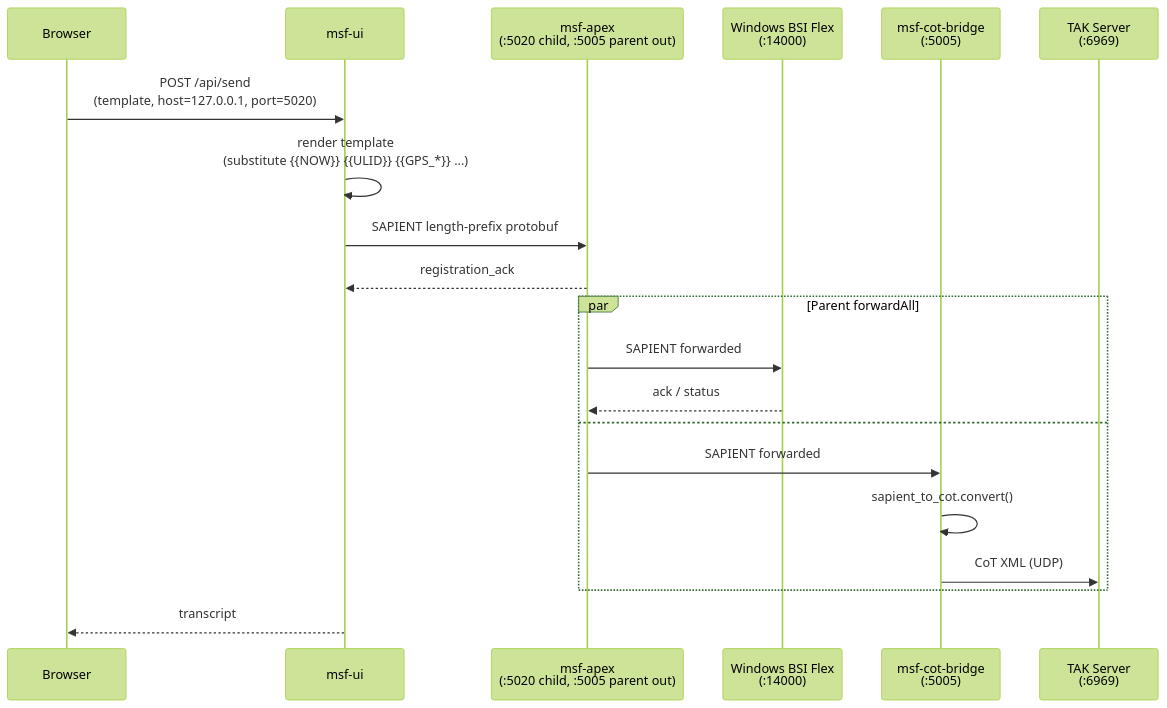
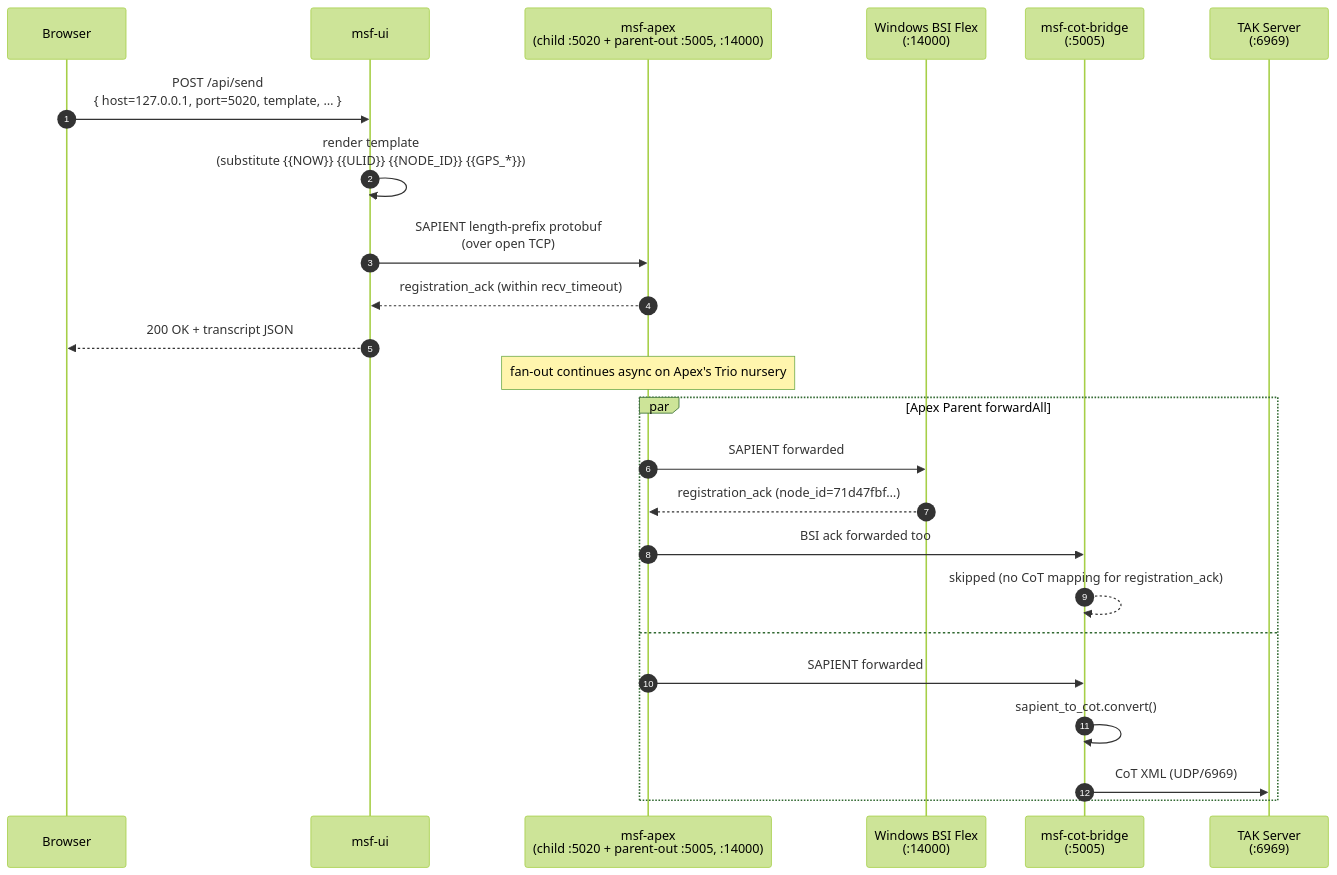
The third of 12 diagrams in Architecture.md (vinayakkankanwadi/multi-sensor-fusion), drawn with Mermaid (forest theme) before and after one commit. The commit also changed other lines of this file, not shown here.

Commit message:
use apex for routing

````diff
--- a/Architecture.md
+++ b/Architecture.md
@@ -124,23 +146,28 @@
 ```mermaid
 sequenceDiagram
+    autonumber
     participant B as Browser
     participant UI as msf-ui
-    participant A as msf-apex<br/>(:5020 child, :5005 parent out)
+    participant A as msf-apex<br/>(child :5020 + parent-out :5005, :14000)
     participant W as Windows BSI Flex<br/>(:14000)
     participant C as msf-cot-bridge<br/>(:5005)
     participant T as TAK Server<br/>(:6969)
 
-    B->>UI: POST /api/send<br/>(template, host=127.0.0.1, port=5020)
-    UI->>UI: render template<br/>(substitute {{NOW}} {{ULID}} {{GPS_*}} ...)
-    UI->>A: SAPIENT length-prefix protobuf
-    A-->>UI: registration_ack
-    par Parent forwardAll
+    B->>UI: POST /api/send<br/>{ host=127.0.0.1, port=5020, template, … }
+    UI->>UI: render template<br/>(substitute {{NOW}} {{ULID}} {{NODE_ID}} {{GPS_*}})
+    UI->>A: SAPIENT length-prefix protobuf<br/>(over open TCP)
+    A-->>UI: registration_ack (within recv_timeout)
+    UI-->>B: 200 OK + transcript JSON
+
+    Note over A: fan-out continues async on Apex's Trio nursery
+    par Apex Parent forwardAll
         A->>W: SAPIENT forwarded
-        W-->>A: ack / status
+        W-->>A: registration_ack (node_id=71d47fbf…)
+        A->>C: BSI ack forwarded too
+        C-->>C: skipped (no CoT mapping for registration_ack)
     and
         A->>C: SAPIENT forwarded
         C->>C: sapient_to_cot.convert()
-        C->>T: CoT XML (UDP)
+        C->>T: CoT XML (UDP/6969)
     end
-    UI-->>B: transcript
 ```
````
